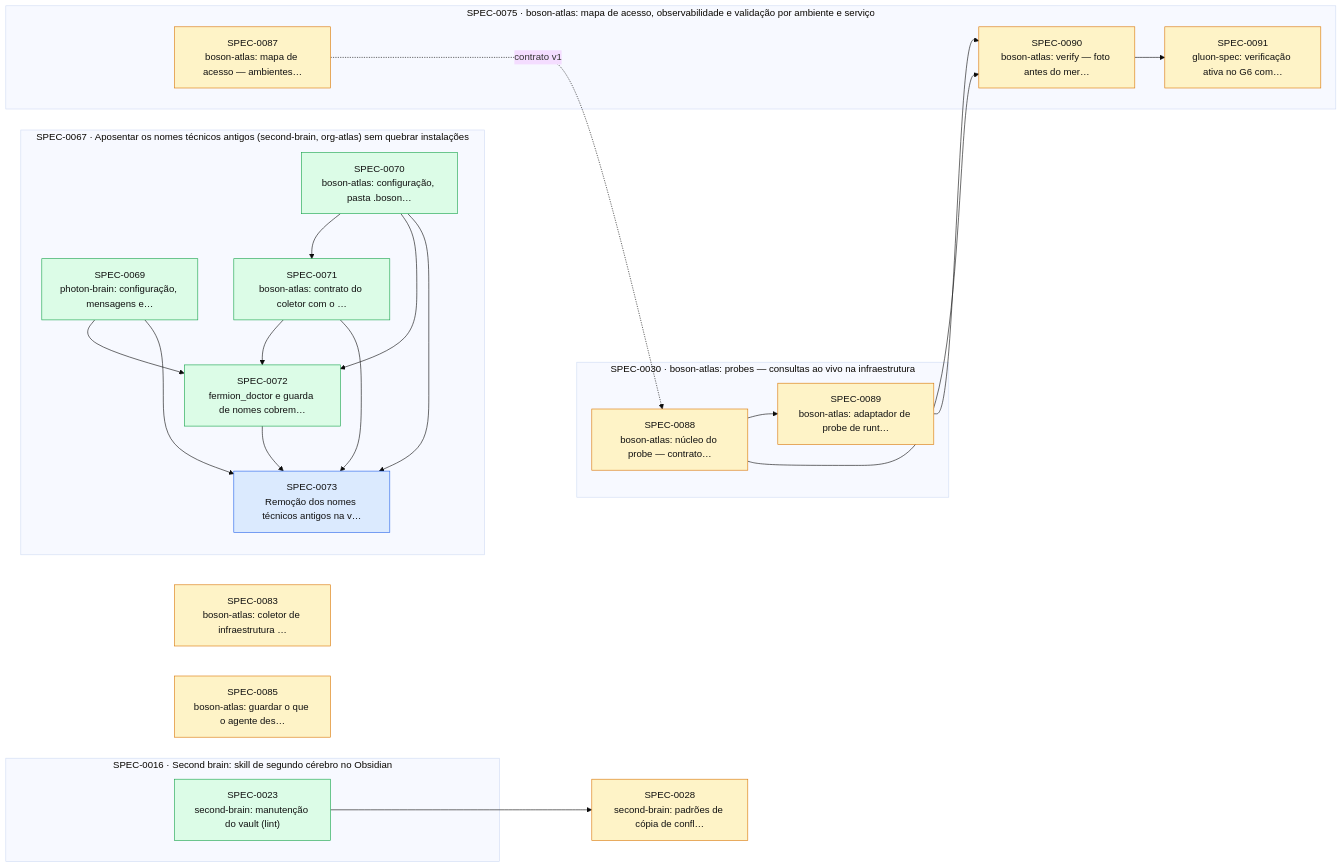
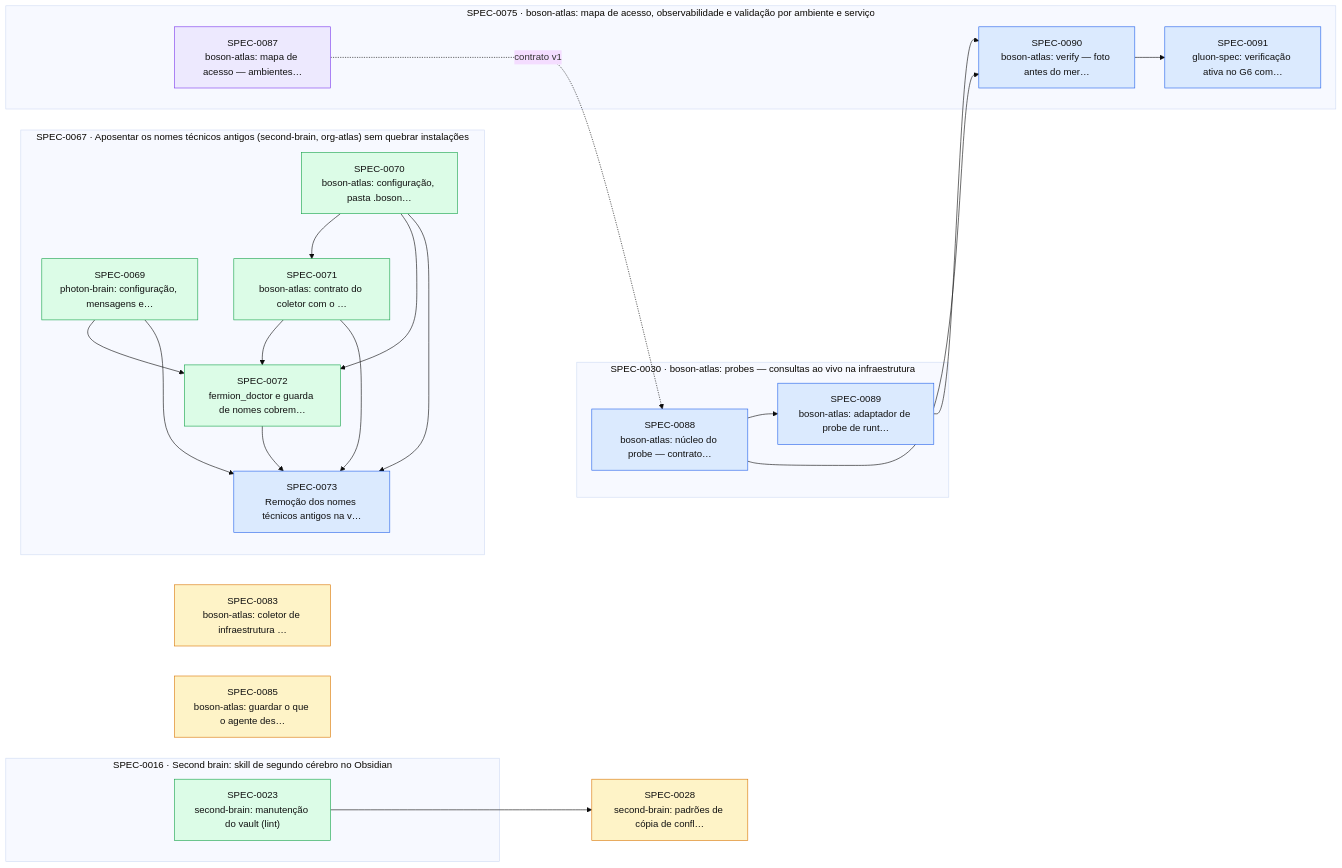
Before and after one commit to thomasravache/ai-dev-brain: the diagram in docs/specs/INDEX.md, drawn with Mermaid (base theme). The commit also changed other lines of this file and 9 other files, not shown here.

````diff
--- a/docs/specs/INDEX.md
+++ b/docs/specs/INDEX.md
@@ -68,44 +68,44 @@
 ```mermaid
 flowchart LR
   S0028["SPEC-0028<br/>second-brain: padrões de cópia de confl…"]:::proposed
   S0083["SPEC-0083<br/>boson-atlas: coletor de infraestrutura …"]:::proposed
   S0085["SPEC-0085<br/>boson-atlas: guardar o que o agente des…"]:::proposed
   subgraph E0016["SPEC-0016 · Second brain: skill de segundo cérebro no Obsidian"]
     S0023["SPEC-0023<br/>second-brain: manutenção do vault (lint)"]:::implemented
   end
   subgraph E0030["SPEC-0030 · boson-atlas: probes — consultas ao vivo na infraestrutura"]
-    S0088["SPEC-0088<br/>boson-atlas: núcleo do probe — contrato…"]:::proposed
-    S0089["SPEC-0089<br/>boson-atlas: adaptador de probe de runt…"]:::proposed
+    S0088["SPEC-0088<br/>boson-atlas: núcleo do probe — contrato…"]:::approved
+    S0089["SPEC-0089<br/>boson-atlas: adaptador de probe de runt…"]:::approved
   end
   subgraph E0067["SPEC-0067 · Aposentar os nomes técnicos antigos (second-brain, org-atlas) sem quebrar instalações"]
     S0069["SPEC-0069<br/>photon-brain: configuração, mensagens e…"]:::implemented
     S0070["SPEC-0070<br/>boson-atlas: configuração, pasta .boson…"]:::implemented
     S0071["SPEC-0071<br/>boson-atlas: contrato do coletor com o …"]:::implemented
     S0072["SPEC-0072<br/>fermion_doctor e guarda de nomes cobrem…"]:::implemented
     S0073["SPEC-0073<br/>Remoção dos nomes técnicos antigos na v…"]:::approved
   end
   subgraph E0075["SPEC-0075 · boson-atlas: mapa de acesso, observabilidade e validação por ambiente e serviço"]
-    S0087["SPEC-0087<br/>boson-atlas: mapa de acesso — ambientes…"]:::proposed
-    S0090["SPEC-0090<br/>boson-atlas: verify — foto antes do mer…"]:::proposed
-    S0091["SPEC-0091<br/>gluon-spec: verificação ativa no G6 com…"]:::proposed
+    S0087["SPEC-0087<br/>boson-atlas: mapa de acesso — ambientes…"]:::inprogress
+    S0090["SPEC-0090<br/>boson-atlas: verify — foto antes do mer…"]:::approved
+    S0091["SPEC-0091<br/>gluon-spec: verificação ativa no G6 com…"]:::approved
   end
   S0023 --> S0028
   S0070 --> S0071
   S0069 --> S0072
   S0070 --> S0072
   S0071 --> S0072
   S0069 --> S0073
   S0070 --> S0073
   S0071 --> S0073
   S0072 --> S0073
   S0087 -. contrato v1 .-> S0088
   S0088 --> S0089
   S0088 --> S0090
   S0089 --> S0090
   S0090 --> S0091
   classDef proposed fill:#fef3c7,stroke:#d97706,color:#111
   classDef approved fill:#dbeafe,stroke:#2563eb,color:#111
   classDef inprogress fill:#ede9fe,stroke:#7c3aed,color:#111
   classDef implemented fill:#dcfce7,stroke:#16a34a,color:#111
   classDef deprecated fill:#f3f4f6,stroke:#9ca3af,color:#6b7280
 ```
````
